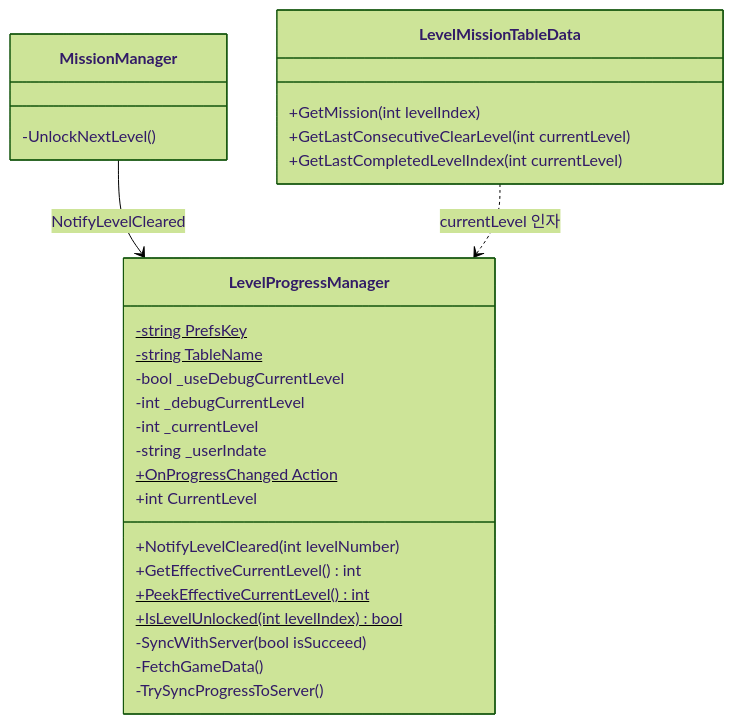
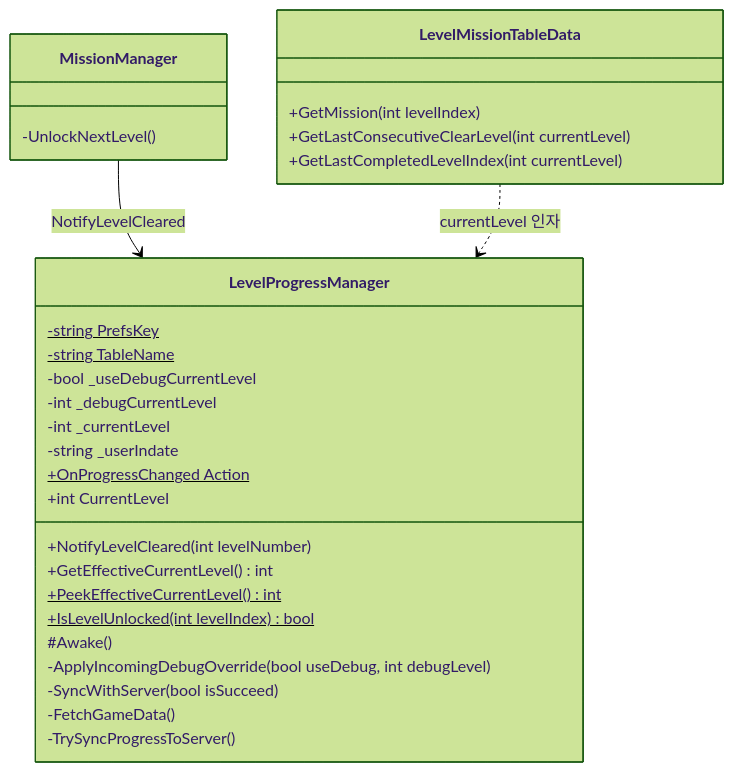
Before and after one commit to chlghksgml01/BlockPuzzle: the third of 3 diagrams in docs/diagrams/level-progress-manager.md, drawn with Mermaid (forest theme). The commit also changed other lines of this file and 11 other files, not shown here.

````diff
--- a/docs/diagrams/level-progress-manager.md
+++ b/docs/diagrams/level-progress-manager.md
@@ -67,33 +69,35 @@
 ```mermaid
 classDiagram
   class LevelProgressManager {
     -string PrefsKey$
     -string TableName$
     -bool _useDebugCurrentLevel
     -int _debugCurrentLevel
     -int _currentLevel
     -string _userIndate
     +OnProgressChanged Action$
     +int CurrentLevel
     +NotifyLevelCleared(int levelNumber)
     +GetEffectiveCurrentLevel() int
     +PeekEffectiveCurrentLevel() int$
     +IsLevelUnlocked(int levelIndex) bool$
+    #Awake()
+    -ApplyIncomingDebugOverride(bool useDebug, int debugLevel)
     -SyncWithServer(bool isSucceed)
     -FetchGameData()
     -TrySyncProgressToServer()
   }
 
   class MissionManager {
     -UnlockNextLevel()
   }
 
   class LevelMissionTableData {
     +GetMission(int levelIndex)
     +GetLastConsecutiveClearLevel(int currentLevel)
     +GetLastCompletedLevelIndex(int currentLevel)
   }
 
   MissionManager --> LevelProgressManager : NotifyLevelCleared
   LevelMissionTableData ..> LevelProgressManager : currentLevel 인자
 ```
````
